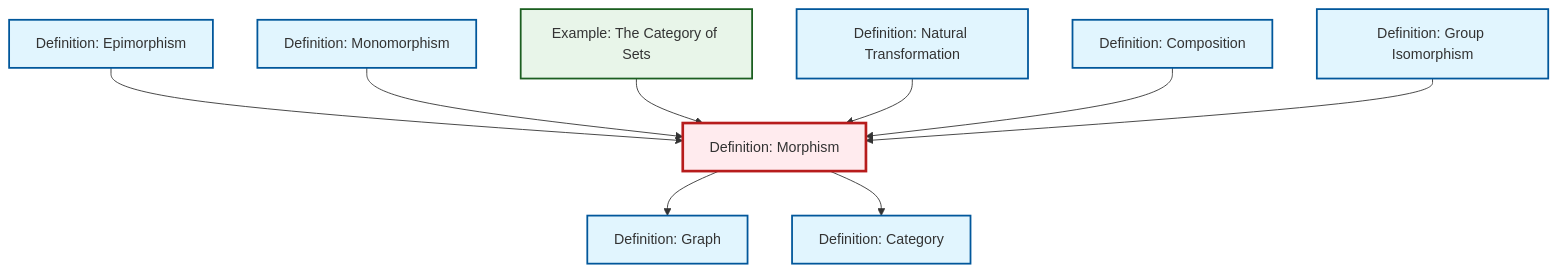
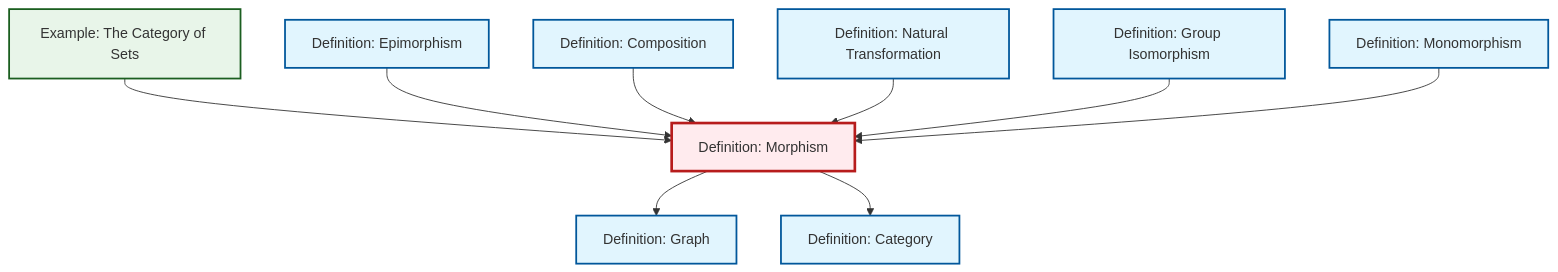
Before and after one commit to RK0429/ModernMath: the diagram in content/ja/category-theory/def-morphism.qmd, drawn with Mermaid. The commit also changed other lines of this file and 634 other files, not shown here.

````diff
--- a/content/ja/category-theory/def-morphism.qmd
+++ b/content/ja/category-theory/def-morphism.qmd
@@ -57,35 +57,35 @@
 ```{mermaid}
 %%| fig-cap: "Local dependency graph"
 graph TD
     classDef definition fill:#e1f5fe,stroke:#01579b,stroke-width:2px
     classDef theorem fill:#f3e5f5,stroke:#4a148c,stroke-width:2px
     classDef axiom fill:#fff3e0,stroke:#e65100,stroke-width:2px
     classDef example fill:#e8f5e9,stroke:#1b5e20,stroke-width:2px
     classDef current fill:#ffebee,stroke:#b71c1c,stroke-width:3px
+    def-category["Definition: Category"]:::definition
+    def-natural-transformation["Definition: Natural Transformation"]:::definition
     def-composition["Definition: Composition"]:::definition
+    def-epimorphism["Definition: Epimorphism"]:::definition
     def-monomorphism["Definition: Monomorphism"]:::definition
+    def-isomorphism["Definition: Group Isomorphism"]:::definition
     ex-set-category["Example: The Category of Sets"]:::example
-    def-epimorphism["Definition: Epimorphism"]:::definition
     def-morphism["Definition: Morphism"]:::definition
-    def-isomorphism["Definition: Group Isomorphism"]:::definition
-    def-natural-transformation["Definition: Natural Transformation"]:::definition
     def-graph["Definition: Graph"]:::definition
-    def-category["Definition: Category"]:::definition
+    ex-set-category --> def-morphism
     def-epimorphism --> def-morphism
     def-morphism --> def-graph
+    def-morphism --> def-category
+    def-composition --> def-morphism
+    def-natural-transformation --> def-morphism
+    def-isomorphism --> def-morphism
     def-monomorphism --> def-morphism
-    ex-set-category --> def-morphism
-    def-natural-transformation --> def-morphism
-    def-composition --> def-morphism
-    def-morphism --> def-category
-    def-isomorphism --> def-morphism
     class def-morphism current
+    click def-category "def-category.html" "Definition: Categoryへ"
+    click def-natural-transformation "def-natural-transformation.html" "Definition: Natural Transformationへ"
     click def-composition "def-composition.html" "Definition: Compositionへ"
+    click def-epimorphism "def-epimorphism.html" "Definition: Epimorphismへ"
     click def-monomorphism "def-monomorphism.html" "Definition: Monomorphismへ"
+    click def-isomorphism "def-isomorphism.html" "Definition: Group Isomorphismへ"
     click ex-set-category "ex-set-category.html" "Example: The Category of Setsへ"
-    click def-epimorphism "def-epimorphism.html" "Definition: Epimorphismへ"
-    click def-isomorphism "def-isomorphism.html" "Definition: Group Isomorphismへ"
-    click def-natural-transformation "def-natural-transformation.html" "Definition: Natural Transformationへ"
     click def-graph "def-graph.html" "Definition: Graphへ"
-    click def-category "def-category.html" "Definition: Categoryへ"
 ```
````
